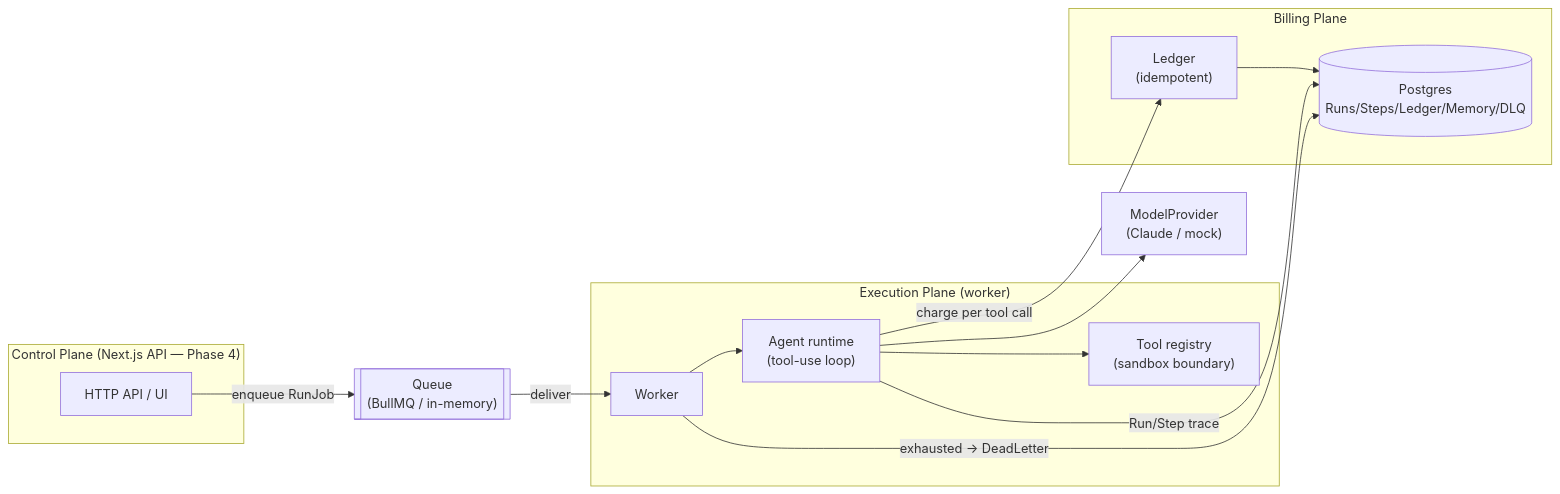
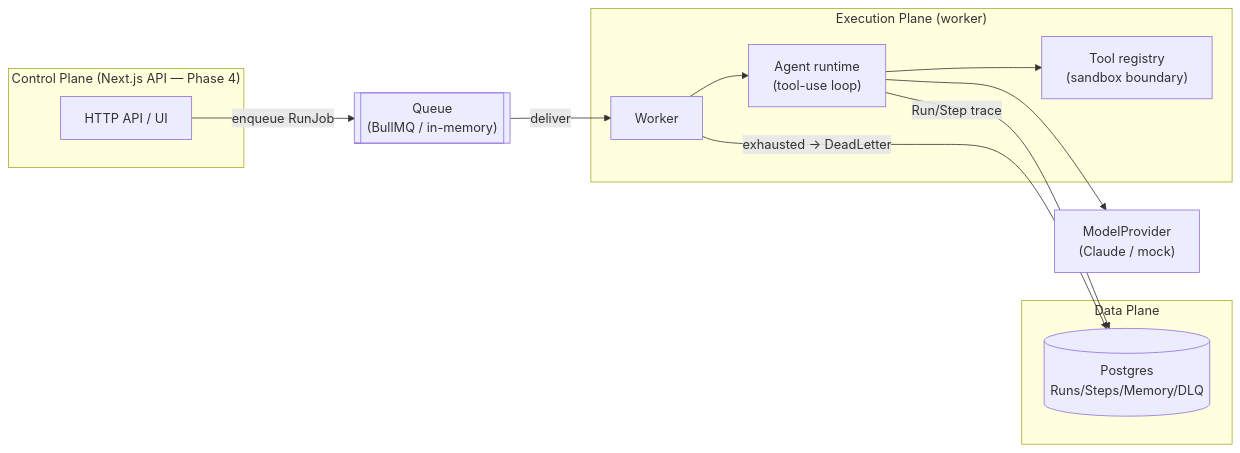
One commit to hauna7630-wq/Nastroyka-Claude changed the first of 6 diagrams in agent-os/docs/ARCHITECTURE.md. Above: the diagram before and after it, drawn with Mermaid. The commit also changed other lines of this file and 10 other files, not shown here.

````diff
--- a/agent-os/docs/ARCHITECTURE.md
+++ b/agent-os/docs/ARCHITECTURE.md
@@ -10,27 +8,24 @@
 ```mermaid
 flowchart LR
   subgraph Control["Control Plane (Next.js API — Phase 4)"]
     API["HTTP API / UI"]
   end
   subgraph Execution["Execution Plane (worker)"]
     W["Worker"]
     RT["Agent runtime\n(tool-use loop)"]
     TOOLS["Tool registry\n(sandbox boundary)"]
   end
-  subgraph Billing["Billing Plane"]
-    LED["Ledger\n(idempotent)"]
-    DB[("Postgres\nRuns/Steps/Ledger/Memory/DLQ")]
+  subgraph Data["Data Plane"]
+    DB[("Postgres\nRuns/Steps/Memory/DLQ")]
   end
   MODEL["ModelProvider\n(Claude / mock)"]
   Q[["Queue\n(BullMQ / in-memory)"]]
 
   API -- "enqueue RunJob" --> Q
   Q -- "deliver" --> W
   W --> RT
   RT --> TOOLS
   RT --> MODEL
-  RT -- "charge per tool call" --> LED
-  LED --> DB
   RT -- "Run/Step trace" --> DB
   W -- "exhausted -> DeadLetter" --> DB
 ```
````
